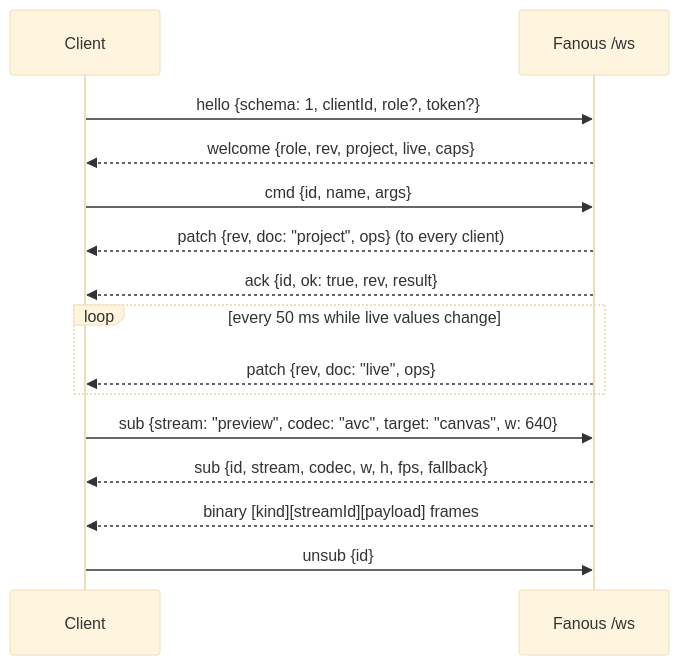
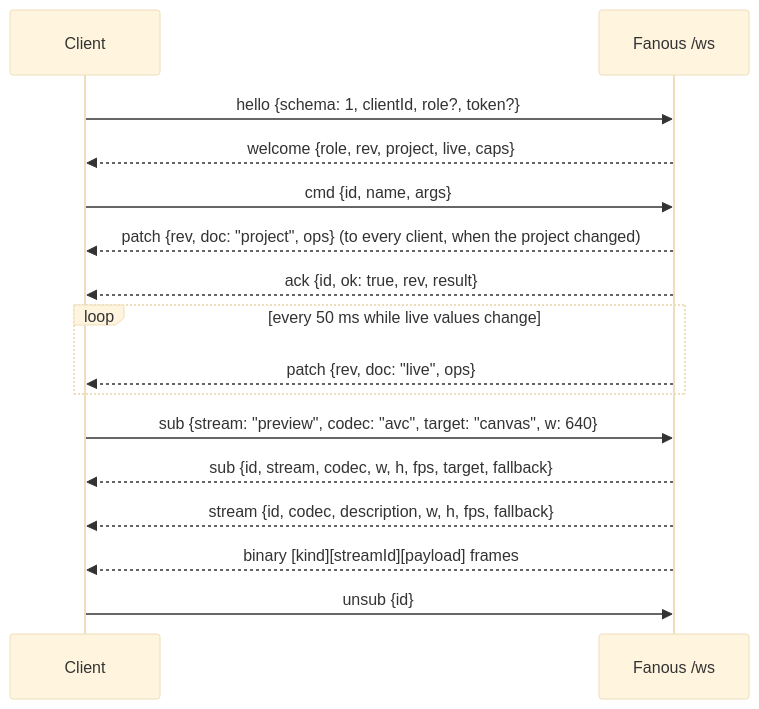
One commit to Timdebruijn/fanous changed the diagram in docs/user/reference/api.md. Above: the diagram before and after it, drawn with Mermaid (base theme). The commit also changed other lines of this file and 11 other files, not shown here.

````diff
--- a/docs/user/reference/api.md
+++ b/docs/user/reference/api.md
@@ -79,17 +84,18 @@
 ```mermaid
 sequenceDiagram
   participant C as Client
   participant F as Fanous /ws
   C->>F: hello {schema: 1, clientId, role?, token?}
   F-->>C: welcome {role, rev, project, live, caps}
   C->>F: cmd {id, name, args}
-  F-->>C: patch {rev, doc: "project", ops} (to every client)
+  F-->>C: patch {rev, doc: "project", ops} (to every client, when the project changed)
   F-->>C: ack {id, ok: true, rev, result}
   loop every 50 ms while live values change
     F-->>C: patch {rev, doc: "live", ops}
   end
   C->>F: sub {stream: "preview", codec: "avc", target: "canvas", w: 640}
-  F-->>C: sub {id, stream, codec, w, h, fps, fallback}
+  F-->>C: sub {id, stream, codec, w, h, fps, target, fallback}
+  F-->>C: stream {id, codec, description, w, h, fps, fallback}
   F-->>C: binary [kind][streamId][payload] frames
   C->>F: unsub {id}
 ```
````
